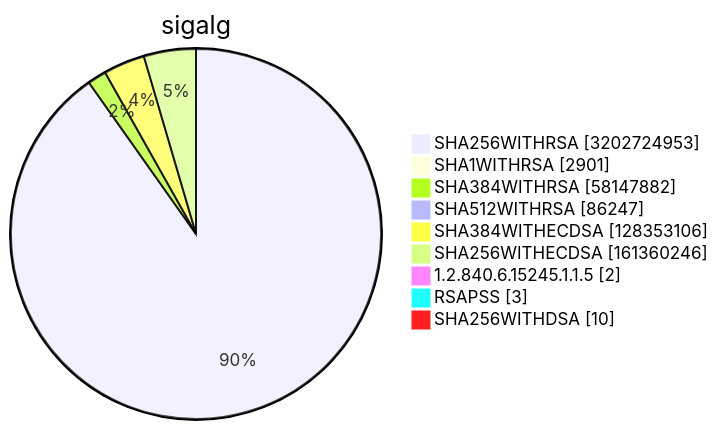
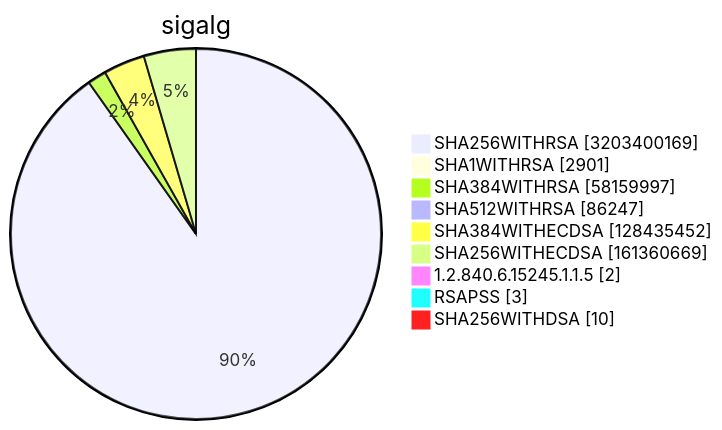
One commit to christiankrug/ctmonitor_visualization changed diagram 15 of 15 in TOTAL/README.md. Above: the diagram before and after it, drawn with Mermaid. The commit also changed other lines of this file, not shown here.

````diff
--- a/TOTAL/README.md
+++ b/TOTAL/README.md
@@ -6216,13 +6216,13 @@
 ```mermaid
 pie showData
 title sigalg
-"SHA256WITHRSA" :3202724953
+"SHA256WITHRSA" :3203400169
 "SHA1WITHRSA" :2901
-"SHA384WITHRSA" :58147882
+"SHA384WITHRSA" :58159997
 "SHA512WITHRSA" :86247
-"SHA384WITHECDSA" :128353106
-"SHA256WITHECDSA" :161360246
+"SHA384WITHECDSA" :128435452
+"SHA256WITHECDSA" :161360669
 "1.2.840.6.15245.1.1.5" :2
 "RSAPSS" :3
 "SHA256WITHDSA" :10
 ```
````
